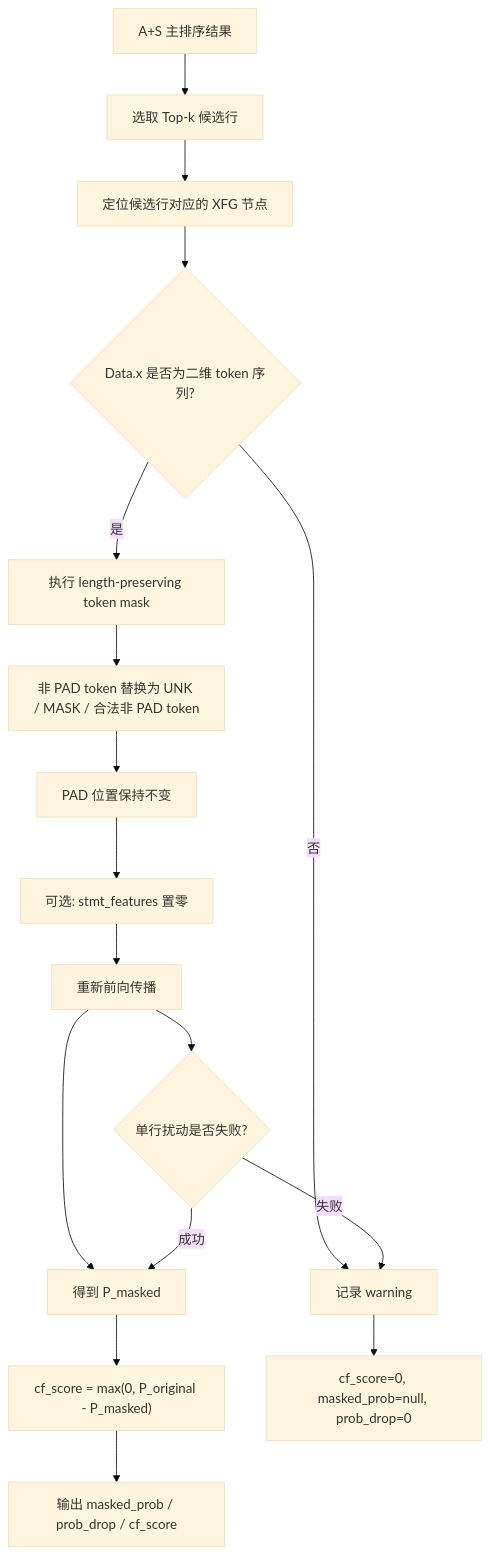
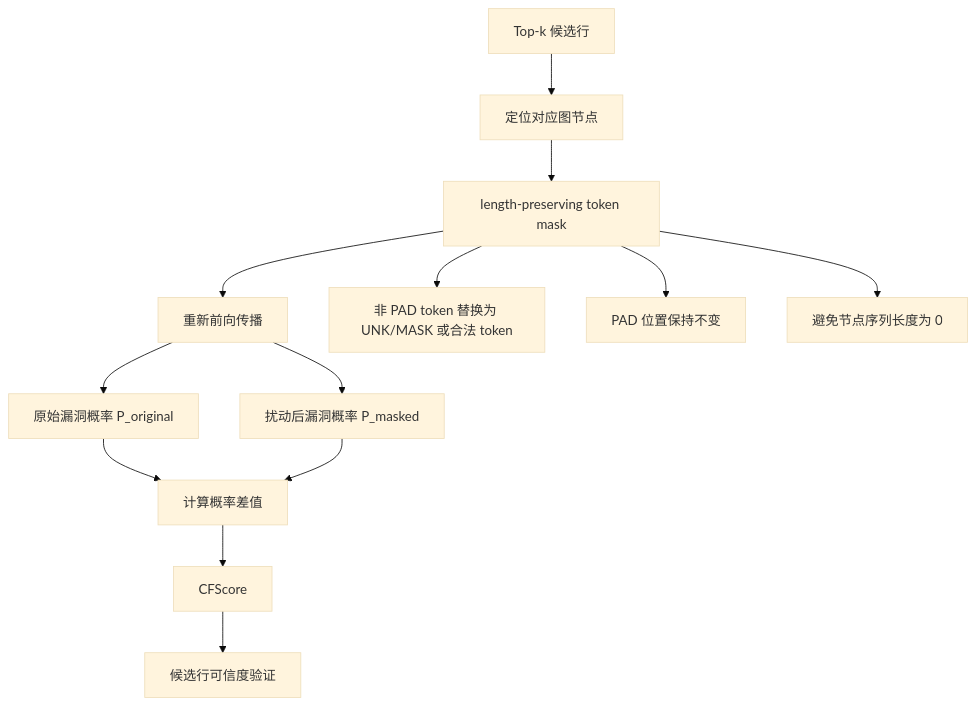
One commit to ATao-Zhang/msgvd changed the fourth of 5 diagrams in docs/thesis/figures_mermaid.md. Above: the diagram before and after it, drawn with Mermaid (base theme). The commit also changed other lines of this file, not shown here.

Commit message:
docs: refresh thesis mermaid figures

````diff
--- a/docs/thesis/figures_mermaid.md
+++ b/docs/thesis/figures_mermaid.md
@@ -70,22 +99,16 @@
 ```mermaid
 flowchart TD
-    A["A+S 主排序结果"] --> B["选取 Top-k 候选行"]
-    B --> C["定位候选行对应的 XFG 节点"]
-    C --> D{"Data.x 是否为二维 token 序列?"}
+    A["Top-k 候选行"] --> B["定位对应图节点"]
+    B --> C["length-preserving token mask"]
+    C --> D["重新前向传播"]
+    D --> E["原始漏洞概率 P_original"]
+    D --> F["扰动后漏洞概率 P_masked"]
+    E --> G["计算概率差值"]
+    F --> G
+    G --> H["CFScore"]
+    H --> I["候选行可信度验证"]
 
-    D -- "是" --> E["执行 length-preserving token mask"]
-    E --> F["非 PAD token 替换为 UNK / MASK / 合法非 PAD token"]
-    F --> G["PAD 位置保持不变"]
-    G --> H["可选: stmt_features 置零"]
-    H --> I["重新前向传播"]
-    I --> J["得到 P_masked"]
-    J --> K["cf_score = max(0, P_original - P_masked)"]
-    K --> L["输出 masked_prob / prob_drop / cf_score"]
-
-    D -- "否" --> M["记录 warning"]
-    M --> N["cf_score=0, masked_prob=null, prob_drop=0"]
-
-    I --> O{"单行扰动是否失败?"}
-    O -- "失败" --> M
-    O -- "成功" --> J
+    C --> C1["非 PAD token 替换为 UNK/MASK 或合法 token"]
+    C --> C2["PAD 位置保持不变"]
+    C --> C3["避免节点序列长度为 0"]
 ```
````
